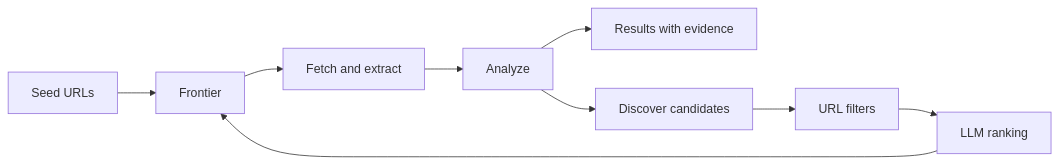
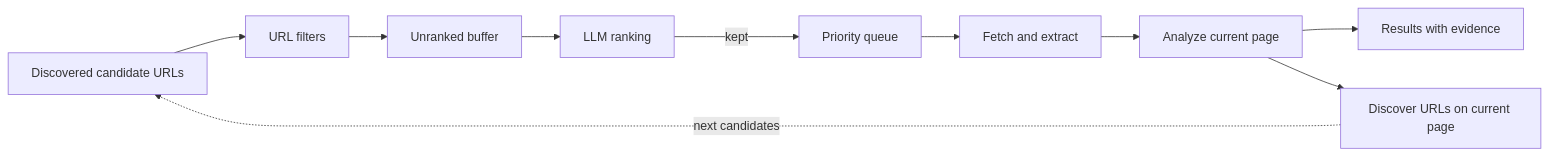
Before and after one commit to shixuan/crawl-me-maybe: the diagram in README.md, drawn with Mermaid. The commit also changed other lines of this file and 1 other file, not shown here.

Commit message:
docs: clarify ranking and analysis flow

````diff
--- a/README.md
+++ b/README.md
@@ -151,11 +151,12 @@
 ```mermaid
 flowchart LR
-    seeds[Seed URLs] --> frontier[Frontier]
-    frontier --> fetch[Fetch and extract]
-    fetch --> analyze[Analyze]
+    candidates[Discovered candidate URLs] --> filter[URL filters]
+    filter --> buffer[Unranked buffer]
+    buffer --> rank[LLM ranking]
+    rank -->|kept| queue[Priority queue]
+    queue --> fetch[Fetch and extract]
+    fetch --> analyze[Analyze current page]
     analyze --> results[Results with evidence]
-    analyze --> harvest[Discover candidates]
-    harvest --> filter[URL filters]
-    filter --> rank[LLM ranking]
-    rank --> frontier
+    analyze --> harvest[Discover URLs on current page]
+    harvest -. next candidates .-> candidates
 ```
````
